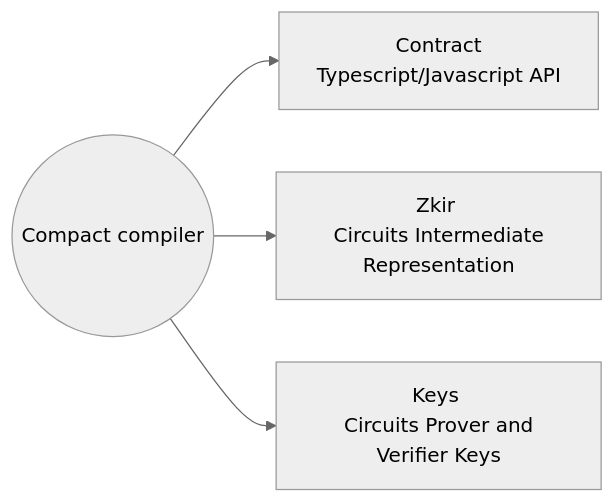
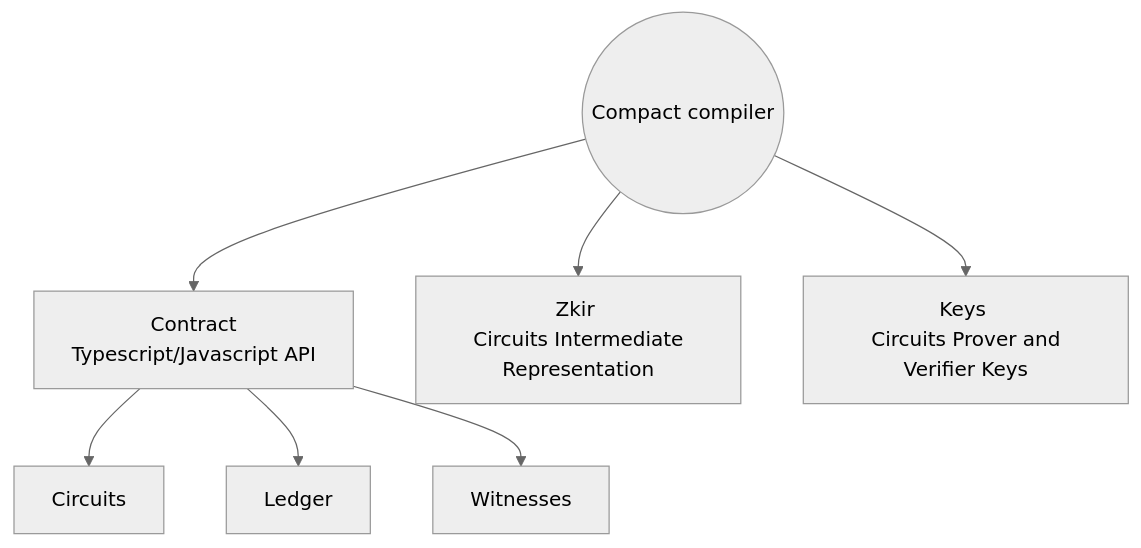
One commit to solidsnakedev/learning-midnight changed the fourth of 5 diagrams in README.md. Above: the diagram before and after it, drawn with Mermaid (neutral theme).

````diff
--- a/README.md
+++ b/README.md
@@ -56,7 +56,10 @@
 ```mermaid
-flowchart LR
-    A((Compact compiler))
-    A --> B1[Contract \n Typescript/Javascript API]
-    A --> B2[Zkir \n Circuits Intermediate Representation]
-    A --> B3[Keys \n Circuits Prover and Verifier Keys]
+flowchart
+  direction LR
+  A((Compact compiler)) --> B1[Contract \n Typescript/Javascript API]
+  B1 --> C1[Circuits]
+  B1 --> C2[Ledger]
+  B1 --> C3[Witnesses]
+  A --> B2[Zkir \n Circuits Intermediate Representation]
+  A --> B3[Keys \n Circuits Prover and Verifier Keys]
 ```
````
